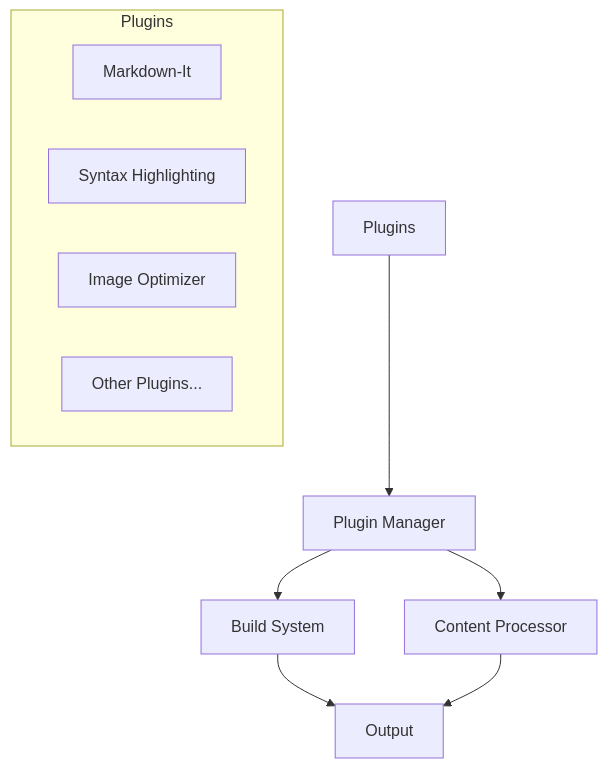
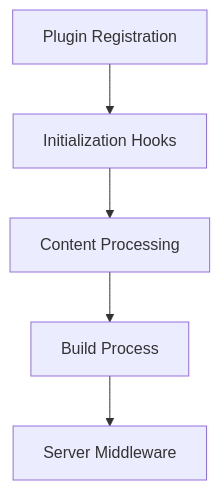
One commit to bun-press/bunpress changed the first of 6 diagrams in memory-bank/systemPatterns.md. Above: the diagram before and after it, drawn with Mermaid. The commit also changed other lines of this file and 49 other files, not shown here.

````diff
--- a/memory-bank/systemPatterns.md
+++ b/memory-bank/systemPatterns.md
@@ -116,15 +21,7 @@
 ```mermaid
 graph TD
-    P[Plugins] --> PM[Plugin Manager]
-    PM --> B[Build System]
-    PM --> C[Content Processor]
-    B --> O[Output]
-    C --> O
-    
-    subgraph Plugins
-        M[Markdown-It]
-        H[Syntax Highlighting]
-        I[Image Optimizer]
-        S[Other Plugins...]
-    end
+    A[Plugin Registration] --> B[Initialization Hooks]
+    B --> C[Content Processing]
+    C --> D[Build Process]
+    D --> E[Server Middleware]
 ```
````
